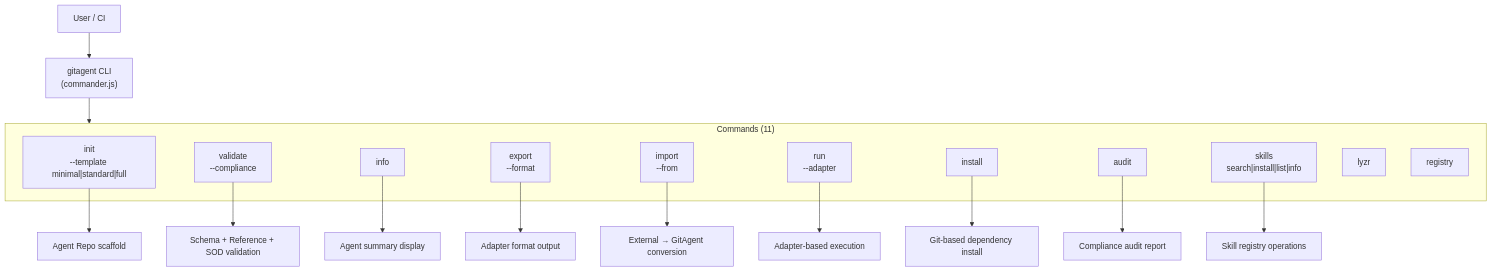
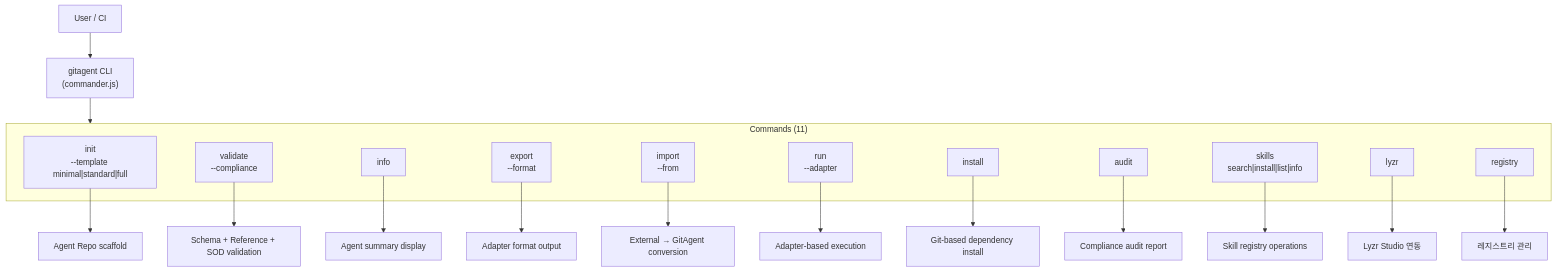
Before and after one commit to kimchanhyung98/agentic-workflows: the second of 9 diagrams in gitagent/00-diagram.md, drawn with Mermaid.

````diff
--- a/gitagent/00-diagram.md
+++ b/gitagent/00-diagram.md
@@ -56,30 +56,32 @@
 ```mermaid
 flowchart TD
     USER["User / CI"] --> CLI["gitagent CLI\n(commander.js)"]
 
     subgraph COMMANDS["Commands (11)"]
         INIT["init\n--template minimal|standard|full"]
         VAL["validate\n--compliance"]
         INFO["info"]
         EXP["export\n--format <format>"]
         IMP["import\n--from <format>"]
         RUN["run\n--adapter <target>"]
         INS["install"]
         AUD["audit"]
         SKILL["skills\nsearch|install|list|info"]
         LYZR["lyzr"]
         REG["registry"]
     end
 
     CLI --> COMMANDS
 
     INIT --> REPO["Agent Repo scaffold"]
     VAL --> CHECK["Schema + Reference + SOD validation"]
     INFO --> DISPLAY["Agent summary display"]
     EXP --> ADAPT["Adapter format output"]
     IMP --> CONVERT["External → GitAgent conversion"]
     RUN --> RUNTIME["Adapter-based execution"]
     INS --> DEP["Git-based dependency install"]
     AUD --> REPORT["Compliance audit report"]
     SKILL --> SKREG["Skill registry operations"]
+    LYZR --> LYZR_OP["Lyzr Studio 연동"]
+    REG --> REG_OP["레지스트리 관리"]
 ```
````
